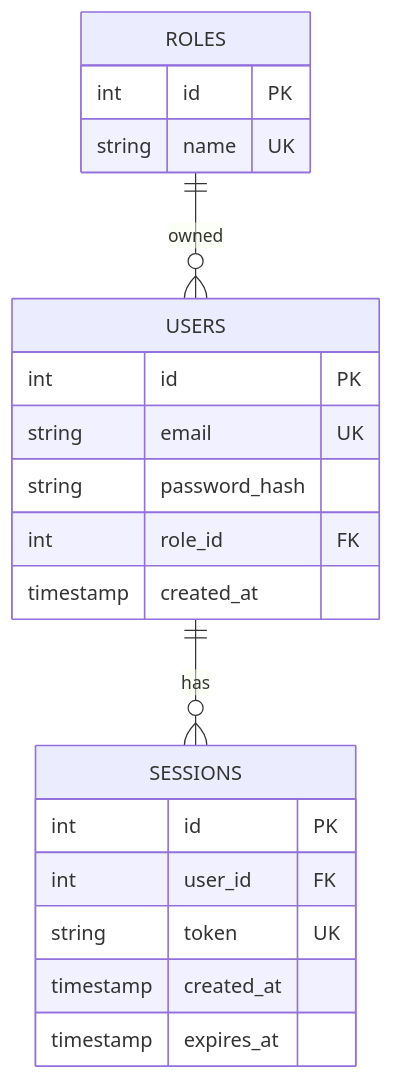
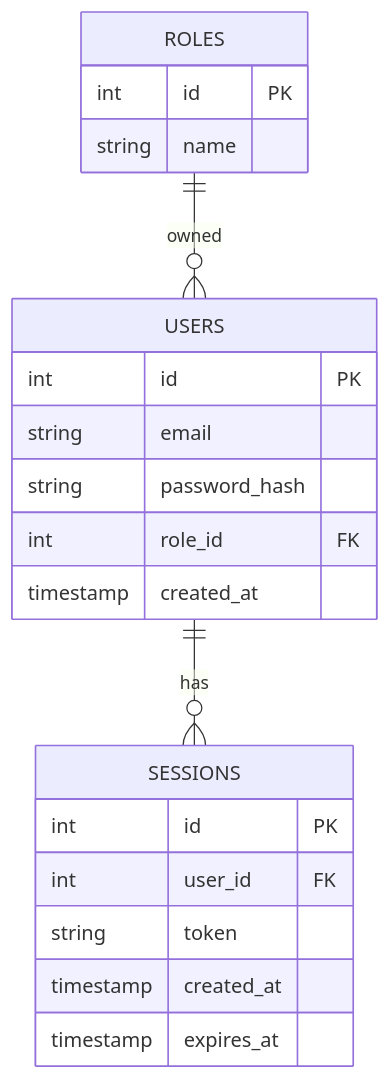
One commit to mfchrzlmzakky/koda-b1-db5 changed the diagram in auth.md. Above: the diagram before and after it, drawn with Mermaid. The commit also changed 1 other file, not shown here.

Commit message:
feat: add erd & sql query for auth

````diff
--- a/auth.md
+++ b/auth.md
@@ -1,29 +1,29 @@
 ```mermaid
 
 erDiagram
 
     ROLES ||--o{ USERS : "owned"
     USERS ||--o{ SESSIONS : "has"
 
     ROLES {
         int id PK
-        string name UK
+        string name
     }
 
     USERS {
         int id PK
-        string email UK
+        string email
         string password_hash
         int role_id FK
         timestamp created_at
     }
 
     SESSIONS {
         int id PK
         int user_id FK
-        string token UK
+        string token
         timestamp created_at
         timestamp expires_at
     }
 
 ```
````
